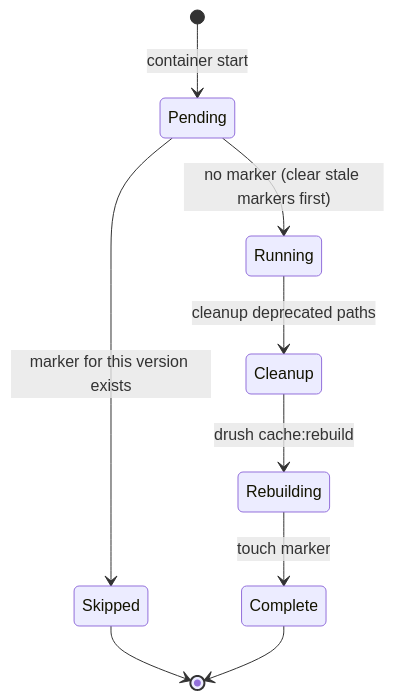
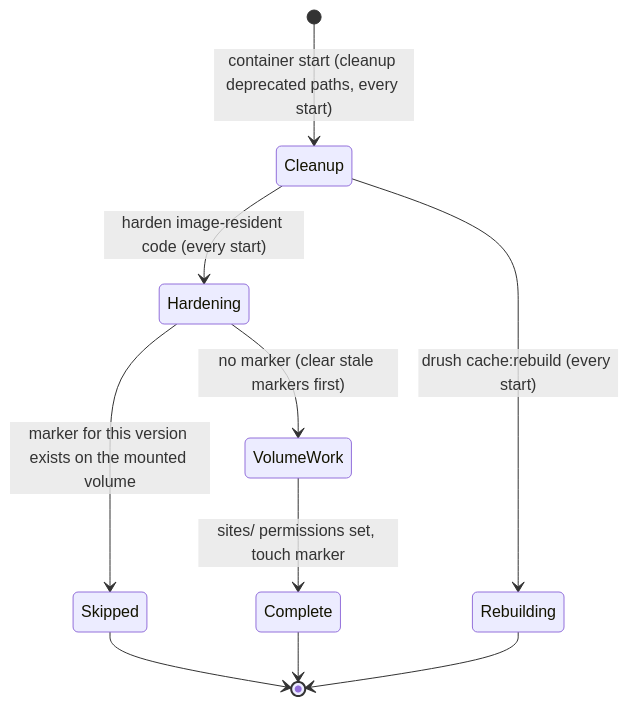
Before and after one commit to scbd/drupal-docker-wrapper: the diagram in docs/drupal-docker-wrapper.md, drawn with Mermaid. The commit also changed other lines of this file and 9 other files, not shown here.

````diff
--- a/docs/drupal-docker-wrapper.md
+++ b/docs/drupal-docker-wrapper.md
@@ -65,11 +69,12 @@
 ```mermaid
 stateDiagram-v2
-  [*] --> Pending: container start
-  Pending --> Skipped: marker for this version exists
-  Pending --> Running: no marker (clear stale markers first)
-  Running --> Cleanup: cleanup deprecated paths
-  Cleanup --> Rebuilding: drush cache:rebuild
-  Rebuilding --> Complete: touch marker
+  [*] --> Cleanup: container start (cleanup deprecated paths, every start)
+  Cleanup --> Hardening: harden image-resident code (every start)
+  Hardening --> Skipped: marker for this version exists on the mounted volume
+  Hardening --> VolumeWork: no marker (clear stale markers first)
+  VolumeWork --> Complete: sites/ permissions set, touch marker
+  Cleanup --> Rebuilding: drush cache:rebuild (every start)
   Skipped --> [*]
   Complete --> [*]
+  Rebuilding --> [*]
 ```
````
